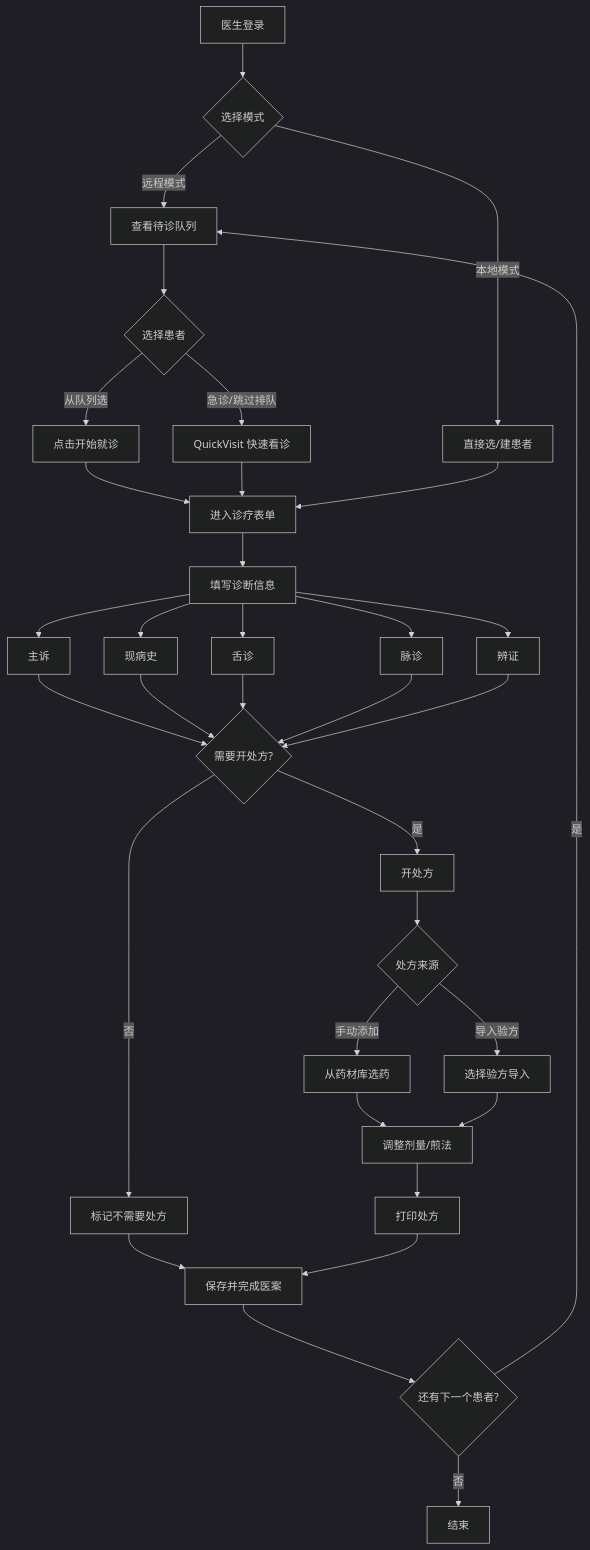
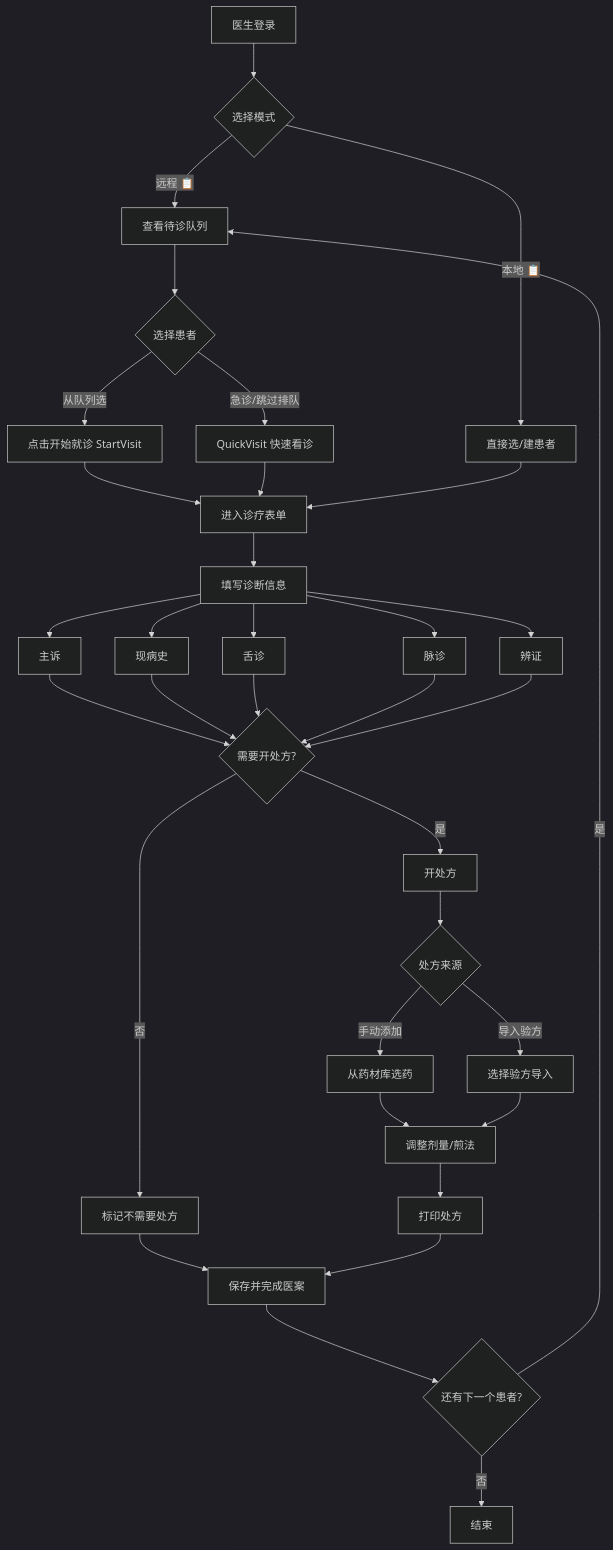
Before and after one commit to shouqitao/LYBTZYZS: the fifth of 8 diagrams in docs/01-product/02-personas.md, drawn with Mermaid (dark theme). The commit also changed other lines of this file and 3 other files, not shown here.

````diff
--- a/docs/01-product/02-personas.md
+++ b/docs/01-product/02-personas.md
@@ -259,39 +206,39 @@
 ```mermaid
 flowchart TD
     A[医生登录] --> B{选择模式}
 
-    B -->|远程模式| C[查看待诊队列]
+    B -->|远程 📋| C[查看待诊队列]
     C --> D{选择患者}
-    D -->|从队列选| E[点击开始就诊]
+    D -->|从队列选| E[点击开始就诊 StartVisit]
     D -->|急诊/跳过排队| F[QuickVisit 快速看诊]
 
-    B -->|本地模式| G[直接选/建患者]
+    B -->|本地 📋| G[直接选/建患者]
 
     E --> H[进入诊疗表单]
     F --> H
     G --> H
 
     H --> I[填写诊断信息]
     I --> I1[主诉]
     I --> I2[现病史]
     I --> I3[舌诊]
     I --> I4[脉诊]
     I --> I5[辨证]
 
     I1 & I2 & I3 & I4 & I5 --> J{需要开处方?}
     J -->|是| K[开处方]
     J -->|否| L[标记不需要处方]
 
     K --> K1{处方来源}
     K1 -->|手动添加| K2[从药材库选药]
     K1 -->|导入验方| K3[选择验方导入]
     K2 & K3 --> M[调整剂量/煎法]
 
     M --> N[打印处方]
     L --> O[保存并完成医案]
     N --> O
 
     O --> P{还有下一个患者?}
     P -->|是| C
     P -->|否| Q[结束]
 ```
````
